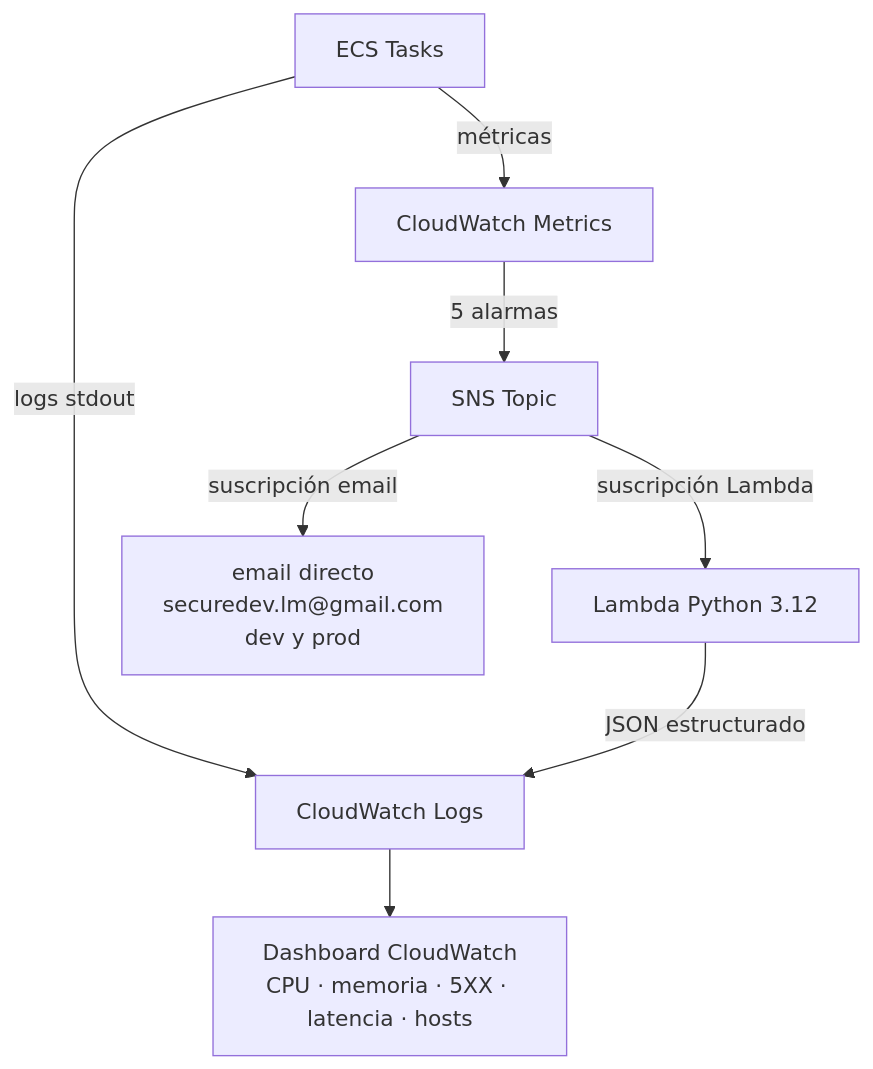
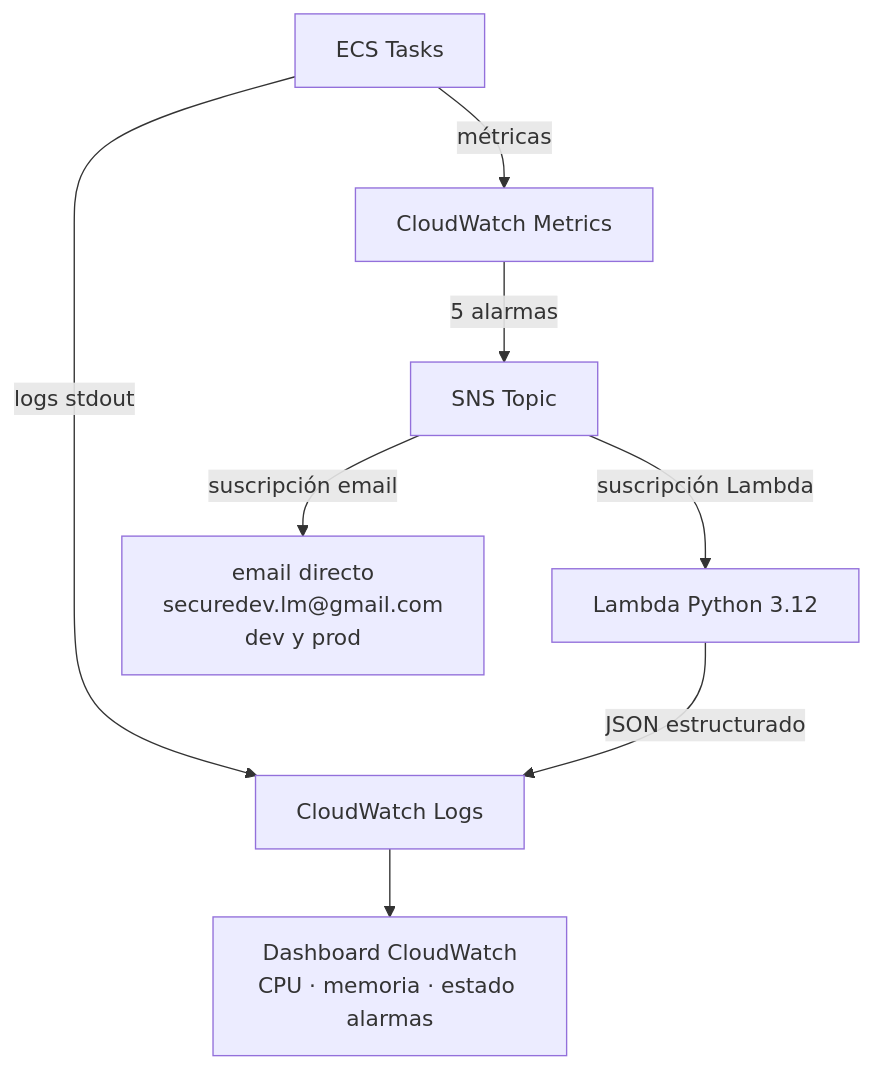
The fifth of 7 diagrams in docs/arquitectura.md (Luis-Mendaro/RetailStore-Obligatorio), drawn with Mermaid before and after one commit. The commit also changed other lines of this file and 4 other files, not shown here.

````diff
--- a/docs/arquitectura.md
+++ b/docs/arquitectura.md
@@ -97,10 +96,10 @@
 ```mermaid
 flowchart TD
     ECS[ECS Tasks] -->|métricas| CWM[CloudWatch Metrics]
     ECS -->|logs stdout| CWL[CloudWatch Logs]
     CWM -->|5 alarmas| SNS[SNS Topic]
     SNS -->|suscripción Lambda| Lambda[Lambda Python 3.12]
     SNS -->|suscripción email| Email["email directo\nsecuredev.lm@gmail.com\ndev y prod"]
     Lambda -->|JSON estructurado| CWL
-    CWL --> Dashboard["Dashboard CloudWatch\nCPU · memoria · 5XX · latencia · hosts"]
+    CWL --> Dashboard["Dashboard CloudWatch\nCPU · memoria · estado alarmas"]
 ```
````
